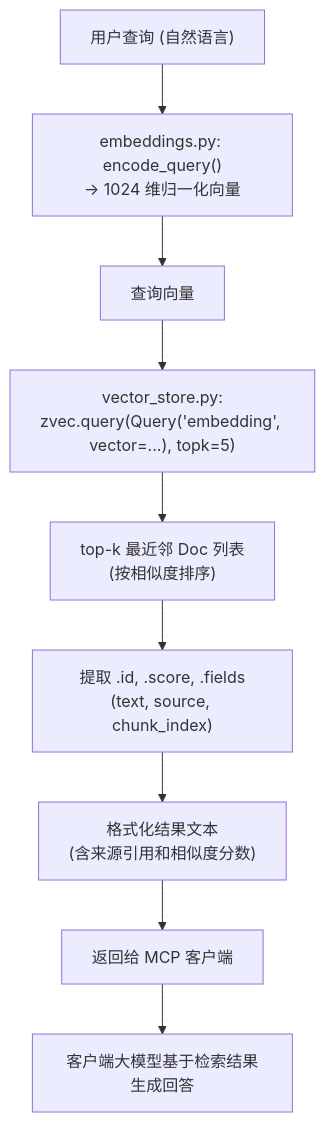
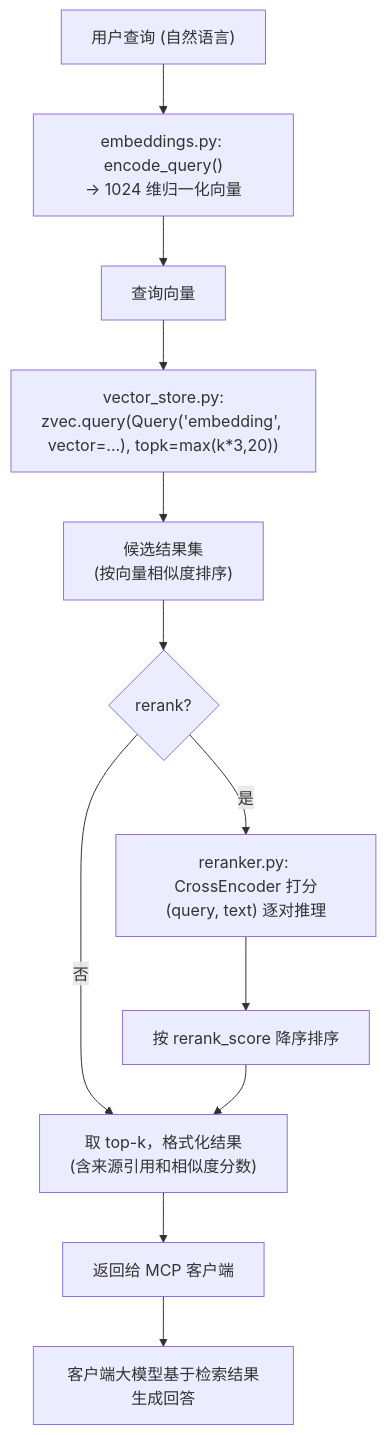
The third of 3 diagrams in docs/architecture.md (mambo-wang/wandering-rag-mcp), drawn with Mermaid before and after one commit. The commit also changed other lines of this file and 4 other files, not shown here.

First line of the commit message:
feat: add optional cross-encoder reranker for search

````diff
--- a/docs/architecture.md
+++ b/docs/architecture.md
@@ -243,11 +279,14 @@
 ```mermaid
 flowchart TD
     A["用户查询 (自然语言)"] --> B["embeddings.py: encode_query()<br/>→ 1024 维归一化向量"]
     B --> C["查询向量"]
-    C --> D["vector_store.py:<br/>zvec.query(Query('embedding', vector=...), topk=5)"]
-    D --> E["top-k 最近邻 Doc 列表<br/>(按相似度排序)"]
-    E --> F["提取 .id, .score, .fields<br/>(text, source, chunk_index)"]
-    F --> G["格式化结果文本<br/>(含来源引用和相似度分数)"]
-    G --> H["返回给 MCP 客户端"]
-    H --> I["客户端大模型基于检索结果生成回答"]
+    C --> D["vector_store.py:<br/>zvec.query(Query('embedding', vector=...), topk=max(k*3,20))"]
+    D --> E["候选结果集<br/>(按向量相似度排序)"]
+    E --> F{"rerank?"}
+    F -->|"否"| H["取 top-k，格式化结果<br/>(含来源引用和相似度分数)"]
+    F -->|"是"| G["reranker.py: CrossEncoder 打分<br/>(query, text) 逐对推理"]
+    G --> G2["按 rerank_score 降序排序"]
+    G2 --> H
+    H --> I["返回给 MCP 客户端"]
+    I --> J["客户端大模型基于检索结果生成回答"]
 ```
````
